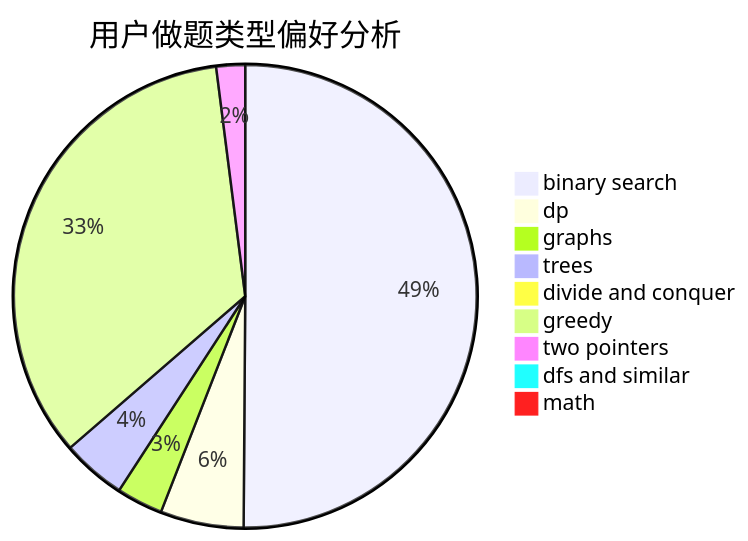
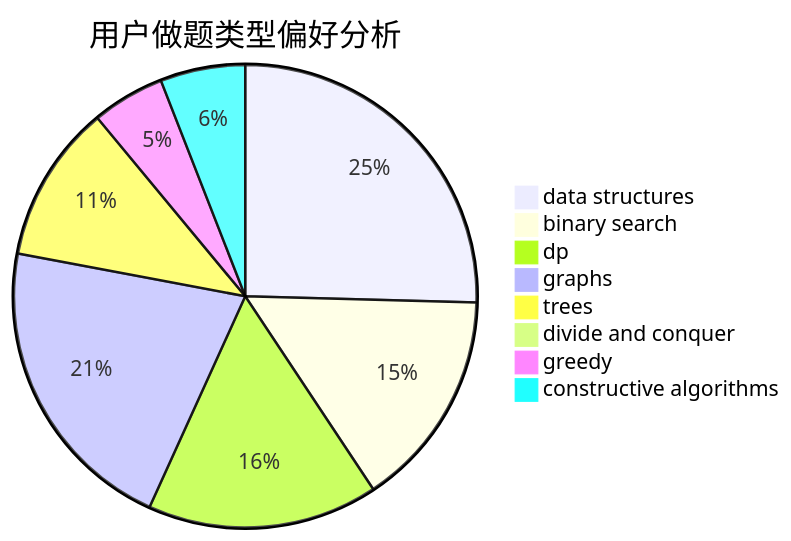
One commit to sherpahu/cfrs.github.io changed the second of 3 diagrams in docs/user/u305.md. Above: the diagram before and after it, drawn with Mermaid. The commit also changed other lines of this file and 2775 other files, not shown here.

````diff
--- a/docs/user/u305.md
+++ b/docs/user/u305.md
@@ -23,12 +23,11 @@
 ```mermaid
 pie title 用户做题类型偏好分析
-    "binary search" :  448
-    "dp" :  52
-    "graphs" :  29
-    "trees" :  40
-    "divide and conquer" :  7
-    "greedy" :  307
-    "two pointers" :  18
-    "dfs and similar" :  8
-    "math" :  8
+    "data structures" :  30
+    "binary search" :  18
+    "dp" :  19
+    "graphs" :  25
+    "trees" :  13
+    "divide and conquer" :  0
+    "greedy" :  6
+    "constructive algorithms" :  7
 ```
````
